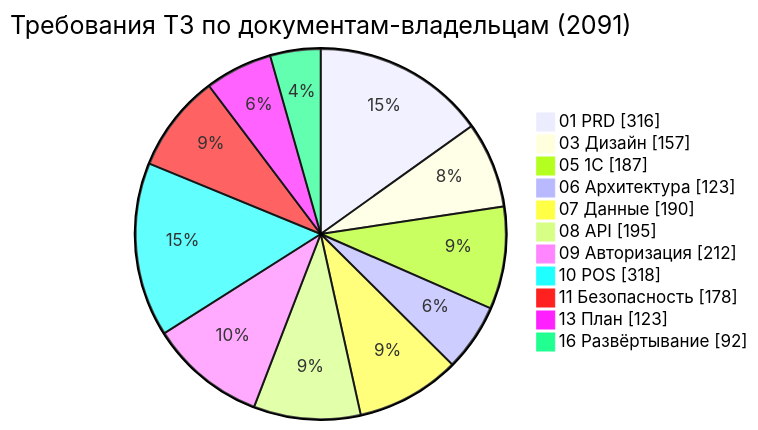
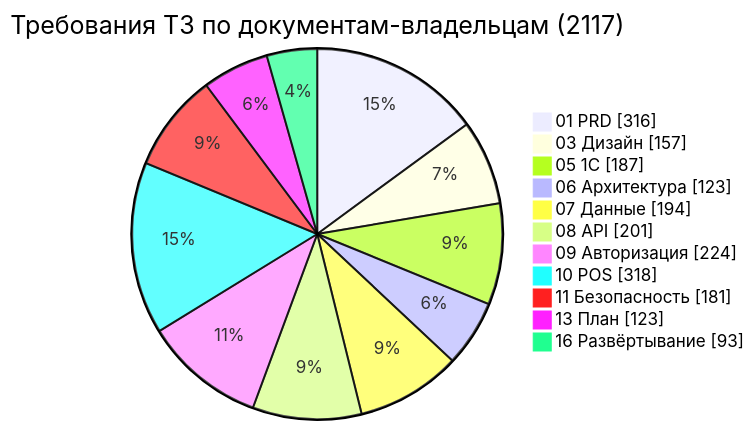
The third of 3 diagrams in docs/specification/00_EXECUTIVE_SUMMARY.md (adhamjon100/optomstroy), drawn with Mermaid before and after one commit. The commit also changed other lines of this file and 705 other files, not shown here.

````diff
--- a/docs/specification/00_EXECUTIVE_SUMMARY.md
+++ b/docs/specification/00_EXECUTIVE_SUMMARY.md
@@ -607,15 +613,15 @@
 ```mermaid
 pie showData
-  title Требования ТЗ по документам-владельцам (2091)
+  title Требования ТЗ по документам-владельцам (2117)
   "01 PRD" : 316
   "03 Дизайн" : 157
   "05 1С" : 187
   "06 Архитектура" : 123
-  "07 Данные" : 190
-  "08 API" : 195
-  "09 Авторизация" : 212
+  "07 Данные" : 194
+  "08 API" : 201
+  "09 Авторизация" : 224
   "10 POS" : 318
-  "11 Безопасность" : 178
+  "11 Безопасность" : 181
   "13 План" : 123
-  "16 Развёртывание" : 92
+  "16 Развёртывание" : 93
 ```
````
